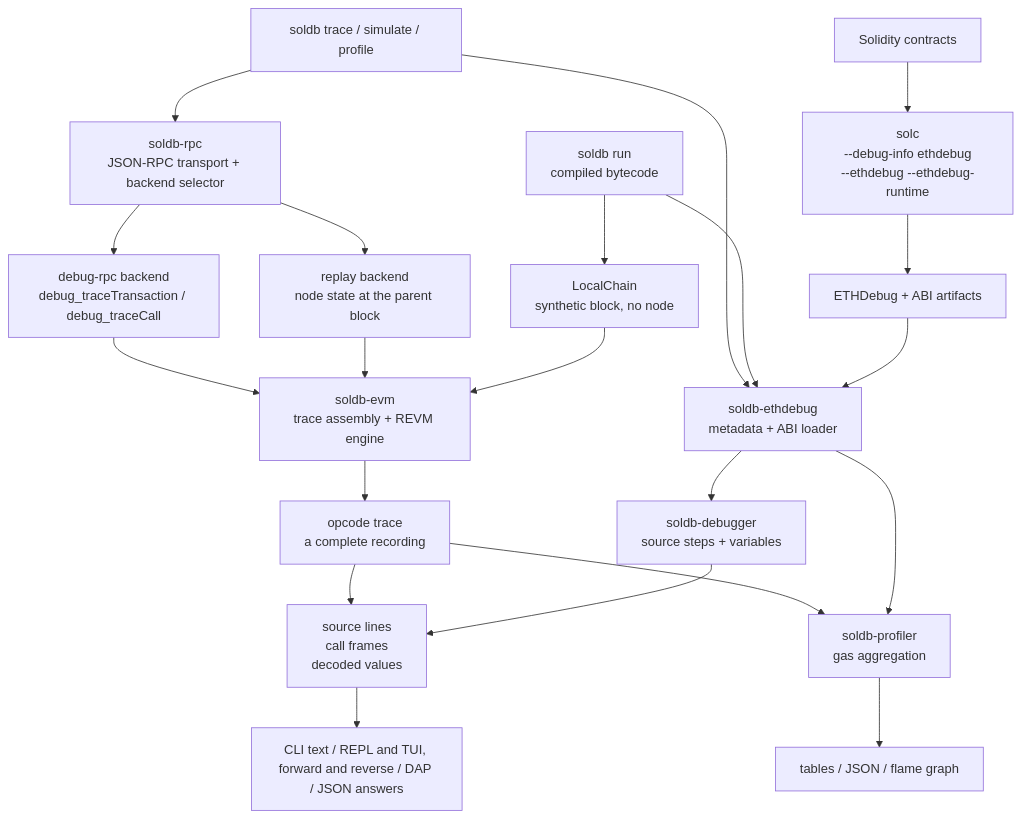
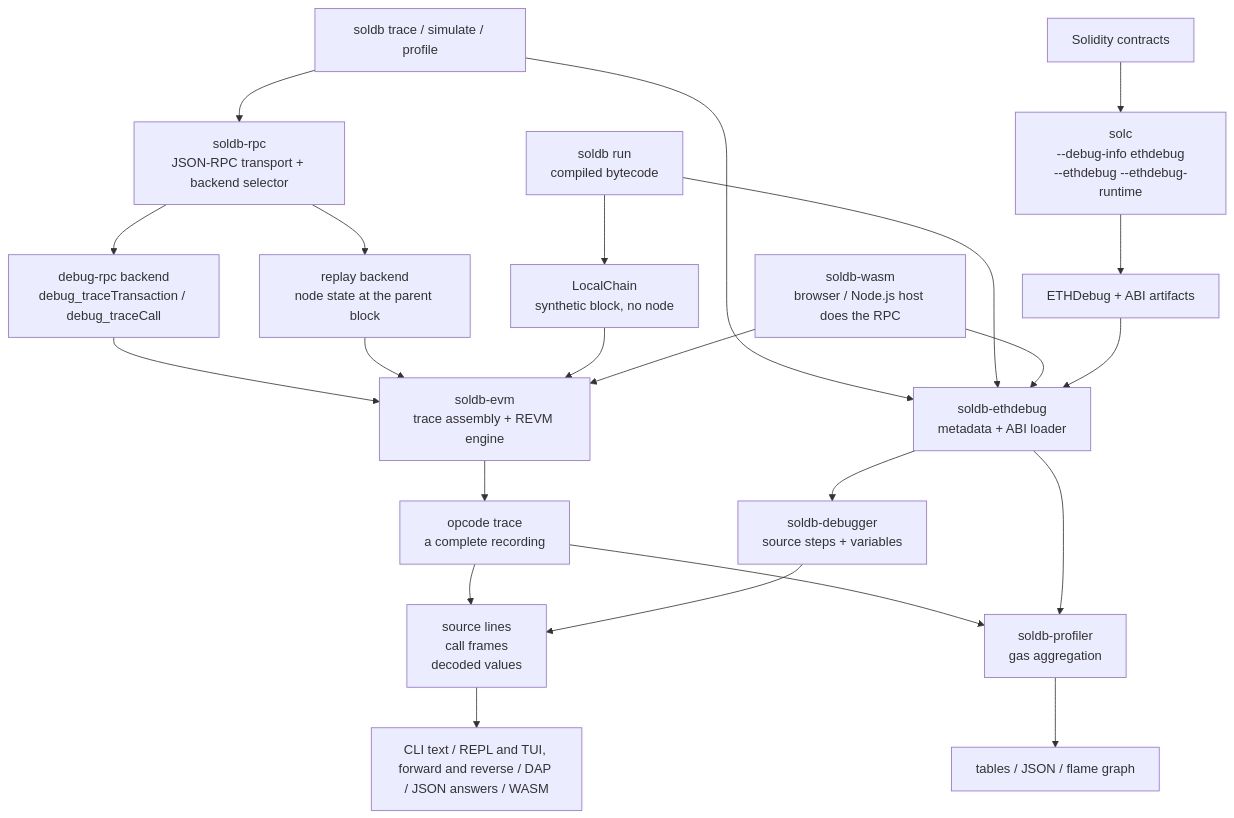
One commit to walnuthq/soldb changed the diagram in README.md. Above: the diagram before and after it, drawn with Mermaid. The commit also changed other lines of this file and 16 other files, not shown here.

````diff
--- a/README.md
+++ b/README.md
@@ -351,26 +352,28 @@
 ```mermaid
 flowchart TD
     contracts["Solidity contracts"] --> solc["solc<br/>--debug-info ethdebug<br/>--ethdebug --ethdebug-runtime"]
     solc --> artifacts["ETHDebug + ABI artifacts"]
 
     cli["soldb trace / simulate / profile"] --> metadata["soldb-ethdebug<br/>metadata + ABI loader"]
     run["soldb run<br/>compiled bytecode"] --> metadata
+    wasm["soldb-wasm<br/>browser / Node.js host does the RPC"] --> metadata
     artifacts --> metadata
 
     cli --> selector["soldb-rpc<br/>JSON-RPC transport + backend selector"]
     selector --> debug_rpc["debug-rpc backend<br/>debug_traceTransaction / debug_traceCall"]
     selector --> replay["replay backend<br/>node state at the parent block"]
     run --> local["LocalChain<br/>synthetic block, no node"]
 
     debug_rpc --> engine["soldb-evm<br/>trace assembly + REVM engine"]
     replay --> engine
     local --> engine
+    wasm --> engine
     engine --> opcode_trace["opcode trace<br/>a complete recording"]
     metadata --> debugger["soldb-debugger<br/>source steps + variables"]
     opcode_trace --> enriched
     debugger --> enriched["source lines<br/>call frames<br/>decoded values"]
-    enriched --> outputs["CLI text / REPL and TUI, forward and reverse / DAP / JSON answers"]
+    enriched --> outputs["CLI text / REPL and TUI, forward and reverse / DAP / JSON answers / WASM"]
     opcode_trace --> profiler["soldb-profiler<br/>gas aggregation"]
     metadata --> profiler
     profiler --> profile_outputs["tables / JSON / flame graph"]
 ```
````
